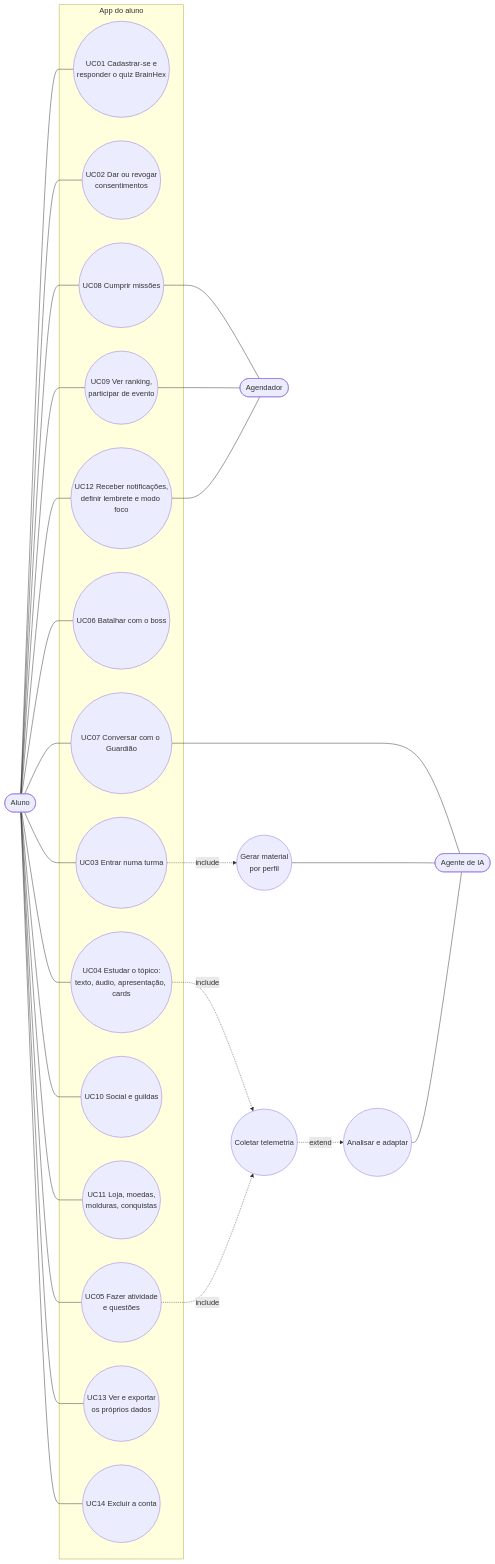
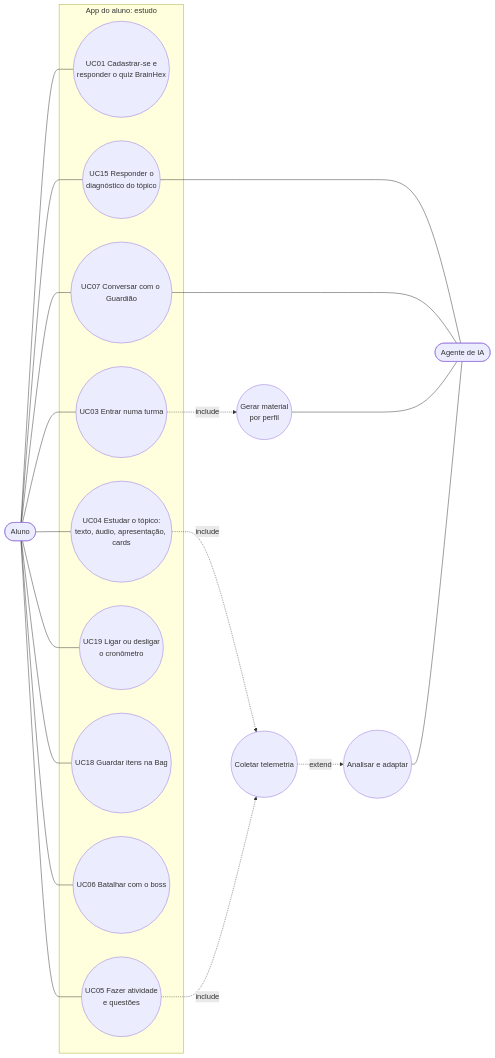
Before and after one commit to Geisbelly/TrailUp: the first of 8 diagrams in docs/tcc/modelagem/02-casos-de-uso.md, drawn with Mermaid. The commit also changed other lines of this file and 69 other files, not shown here.

````diff
--- a/docs/tcc/modelagem/02-casos-de-uso.md
+++ b/docs/tcc/modelagem/02-casos-de-uso.md
@@ -16,35 +21,30 @@
 ```mermaid
 flowchart LR
   A([Aluno])
-  subgraph App do aluno
+  subgraph App do aluno: estudo
     UC01((UC01 Cadastrar-se e<br/>responder o quiz BrainHex))
-    UC02((UC02 Dar ou revogar<br/>consentimentos))
     UC03((UC03 Entrar numa turma))
+    UC15((UC15 Responder o<br/>diagnóstico do tópico))
     UC04((UC04 Estudar o tópico:<br/>texto, áudio, apresentação, cards))
     UC05((UC05 Fazer atividade<br/>e questões))
+    UC19((UC19 Ligar ou desligar<br/>o cronômetro))
+    UC18((UC18 Guardar itens na Bag))
     UC06((UC06 Batalhar com o boss))
     UC07((UC07 Conversar com o Guardião))
-    UC08((UC08 Cumprir missões))
-    UC09((UC09 Ver ranking,<br/>participar de evento))
-    UC10((UC10 Social e guildas))
-    UC11((UC11 Loja, moedas,<br/>molduras, conquistas))
-    UC12((UC12 Receber notificações,<br/>definir lembrete e modo foco))
-    UC13((UC13 Ver e exportar<br/>os próprios dados))
-    UC14((UC14 Excluir a conta))
   end
   IA([Agente de IA])
-  CRON([Agendador])
+  UCG((Gerar material<br/>por perfil))
+  UCT((Coletar telemetria))
+  UCA((Analisar e adaptar))
 
-  A --- UC01 & UC02 & UC03 & UC04 & UC05 & UC06 & UC07
-  A --- UC08 & UC09 & UC10 & UC11 & UC12 & UC13 & UC14
-  UC03 -. include .-> UCG((Gerar material<br/>por perfil))
-  UC04 -. include .-> UCT((Coletar telemetria))
+  A --- UC01 & UC03 & UC15 & UC04 & UC05
+  A --- UC19 & UC18 & UC06 & UC07
+  UC03 -. include .-> UCG
+  UC04 -. include .-> UCT
   UC05 -. include .-> UCT
-  UCT -. extend .-> UCA((Analisar e adaptar))
+  UCT -. extend .-> UCA
+  UC15 --- IA
   UC07 --- IA
   UCG --- IA
   UCA --- IA
-  UC08 --- CRON
-  UC09 --- CRON
-  UC12 --- CRON
 ```
````
